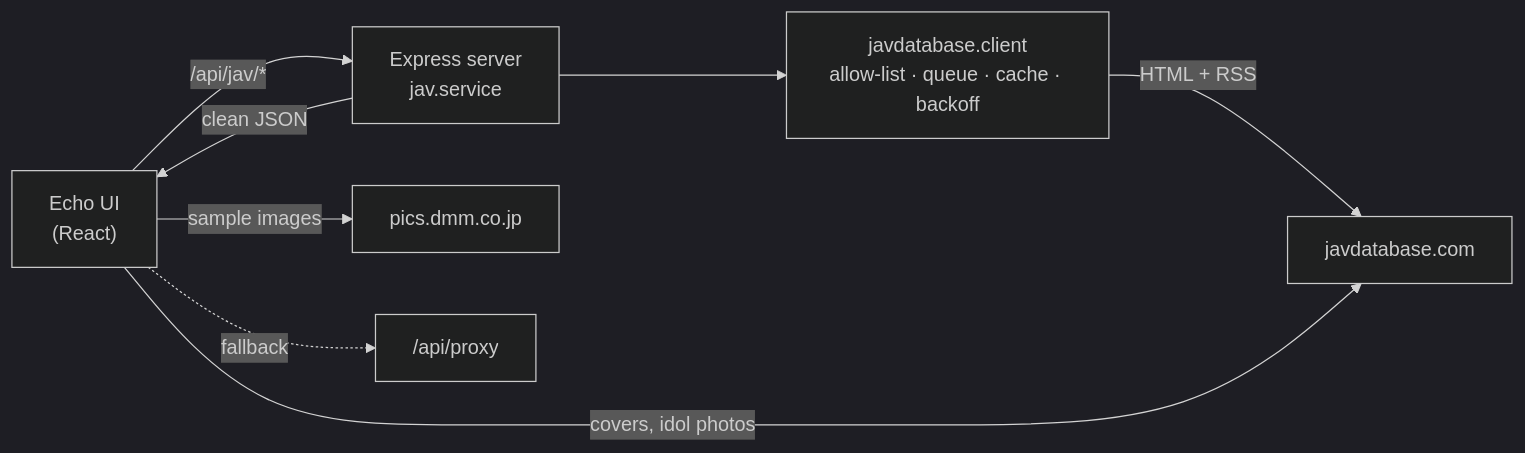
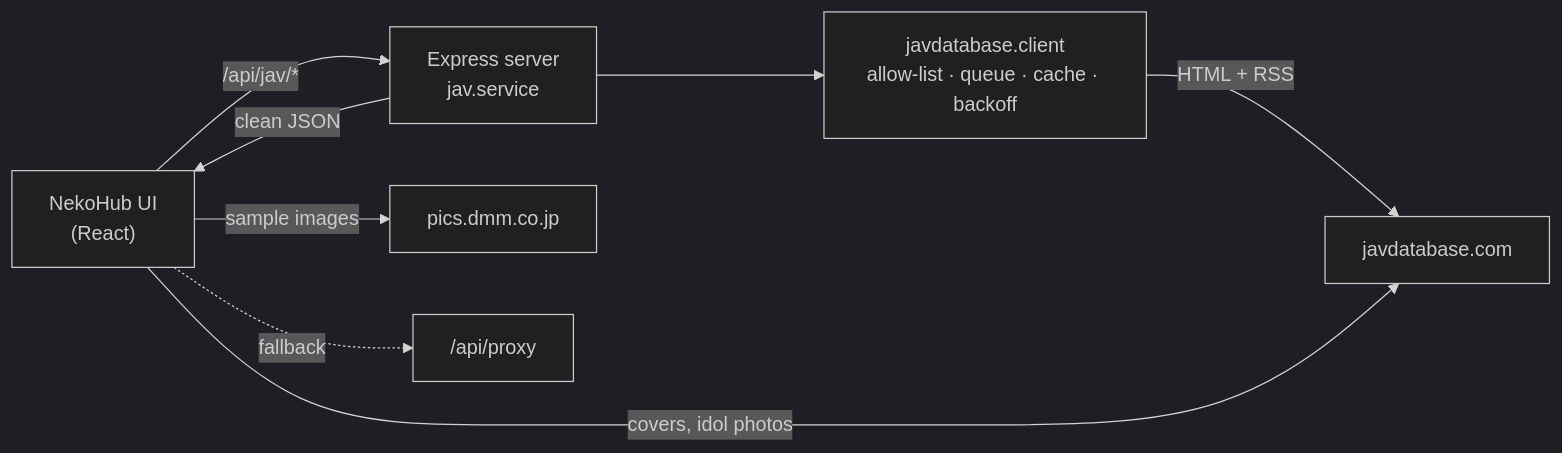
Before and after one commit to PrathameshBelvalkar/web-asmrone: the first of 3 diagrams in docs/JAV.md, drawn with Mermaid (dark theme). The commit also changed other lines of this file and 79 other files, not shown here.

First line of the commit message:
Rename the app from Echo to NekoHub

````diff
--- a/docs/JAV.md
+++ b/docs/JAV.md
@@ -41,10 +41,10 @@
 ```mermaid
 flowchart LR
-  UI["Echo UI<br/>(React)"] -->|/api/jav/*| S["Express server<br/>jav.service"]
+  UI["NekoHub UI<br/>(React)"] -->|/api/jav/*| S["Express server<br/>jav.service"]
   S --> C["javdatabase.client<br/>allow-list · queue · cache · backoff"]
   C -->|HTML + RSS| Site["javdatabase.com"]
   S -->|clean JSON| UI
   UI -->|covers, idol photos| Site
   UI -->|sample images| DMM["pics.dmm.co.jp"]
   UI -.fallback.-> P["/api/proxy"]
 ```
````
